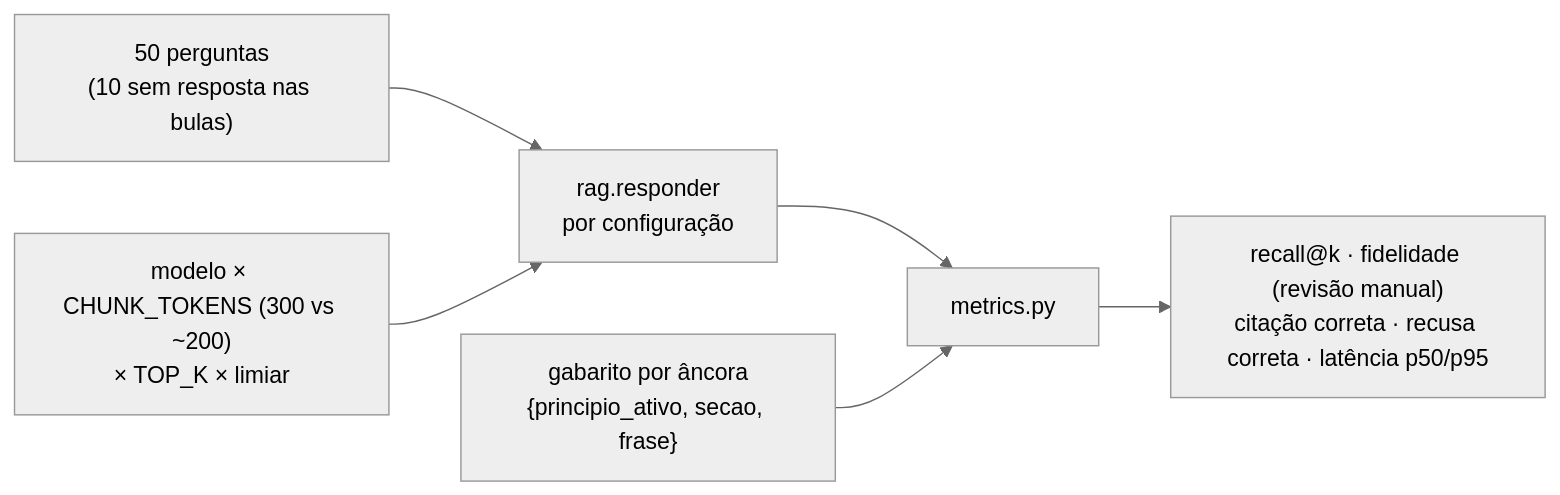
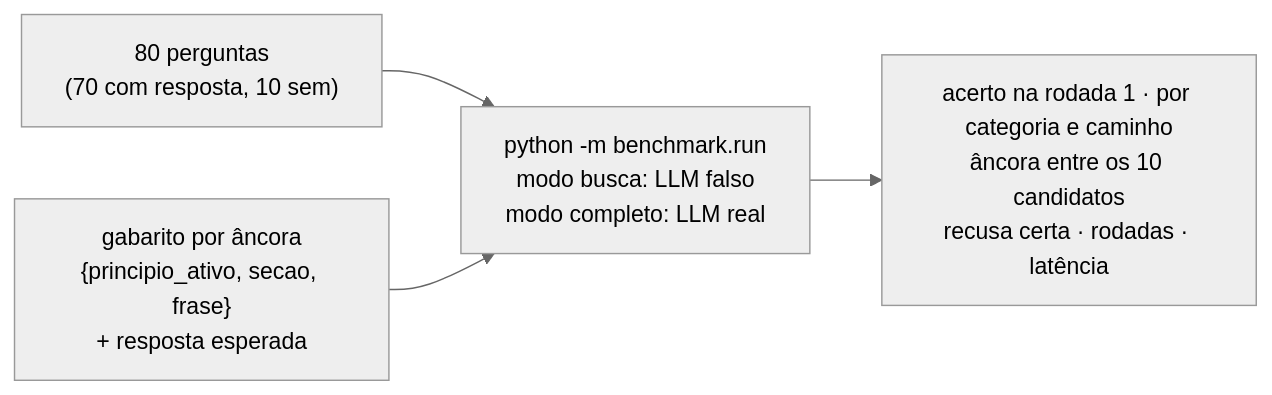
One commit to umdevaprendiz/farma-rag changed the fifth of 5 diagrams in README.md. Above: the diagram before and after it, drawn with Mermaid (neutral theme). The commit also changed other lines of this file and 15 other files, not shown here.

Commit message:
benchmark de 80 perguntas por âncora e reranking da rodada 1

````diff
--- a/README.md
+++ b/README.md
@@ -372,8 +373,6 @@
 ```mermaid
 flowchart LR
-  Q["50 perguntas<br/>(10 sem resposta nas bulas)"] --> RUN["rag.responder<br/>por configuração"]
-  CFG["modelo × CHUNK_TOKENS (300 vs ~200)<br/>× TOP_K × limiar"] --> RUN
-  RUN --> M["metrics.py"]
-  GAB["gabarito por âncora<br/>{principio_ativo, secao, frase}"] --> M
-  M --> OUT["recall@k · fidelidade (revisão manual)<br/>citação correta · recusa correta · latência p50/p95"]
+  Q["80 perguntas<br/>(70 com resposta, 10 sem)"] --> RUN["python -m benchmark.run<br/>modo busca: LLM falso<br/>modo completo: LLM real"]
+  GAB["gabarito por âncora<br/>{principio_ativo, secao, frase}<br/>+ resposta esperada"] --> RUN
+  RUN --> OUT["acerto na rodada 1 · por categoria e caminho<br/>âncora entre os 10 candidatos<br/>recusa certa · rodadas · latência"]
 ```
````
